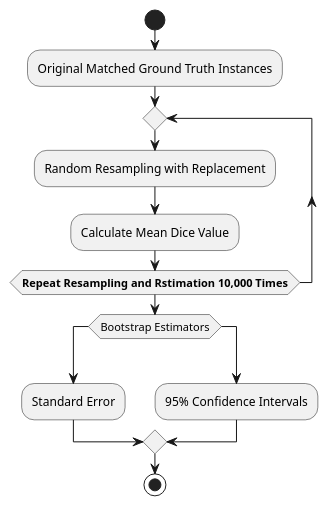
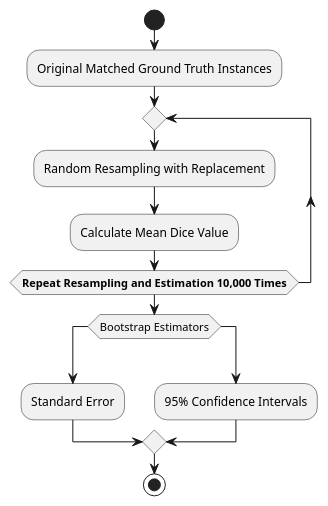
The diagram in docs/images/mask_quality_workflow.wsd (Uni-Data-Science-AI/Data-Science-AI-Mauseschaden), drawn with PlantUML before and after one commit. The commit also changed 3 other files, not shown here.

```diff
--- a/docs/images/mask_quality_workflow.wsd
+++ b/docs/images/mask_quality_workflow.wsd
@@ -1,19 +1,19 @@
 @startuml maskQualityWorkflow
 
 start
 :Original Matched Ground Truth Instances;
 repeat
     :Random Resampling with Replacement;
     :Calculate Mean Dice Value;
-    repeatwhile (<b>Repeat Resampling and Rstimation 10,000 Times) is ( )
+    repeatwhile (<b>Repeat Resampling and Estimation 10,000 Times) is ( )
     switch (Bootstrap Estimators)
     case ( )
         :Standard Error;
     case ( )
         :95% Confidence Intervals;
     endswitch
 
 
 
     stop
     @enduml
```
